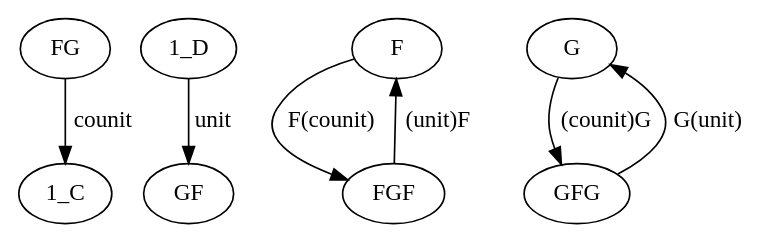
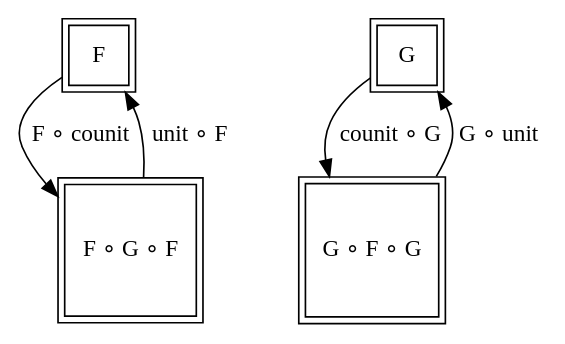
Before and after one commit to frankymacster/category-theory-graphviz: the second of 5 diagrams in adjoint-functors.md, drawn with Graphviz. The commit also changed other lines of this file, not shown here.

Commit message:
adjunt-functor: graphviz: add differentiation between different levels of abstraction

````diff
--- a/adjoint-functors.md
+++ b/adjoint-functors.md
@@ -8,12 +20,11 @@
 ```graphviz
 digraph G {
-  "FG" -> "1_C" [label="counit"]
-  "1_D" -> "GF" [label="unit"]
+  node [shape="square", peripheries=2]
 
-  "F" -> "FGF" [label="F(counit)"]
-  "FGF" -> "F" [label="(unit)F"]
+  "F" -> "F ∘ G ∘ F" [label="F ∘ counit"]
+  "F ∘ G ∘ F" -> "F" [label="unit ∘ F"]
 
-  "G" -> "GFG" [label="(counit)G"]
-  "GFG" -> "G" [label="G(unit)"]
+  "G" -> "G ∘ F ∘ G" [label="counit ∘ G"]
+  "G ∘ F ∘ G" -> "G" [label="G ∘ unit"]
 }
 ```
````
